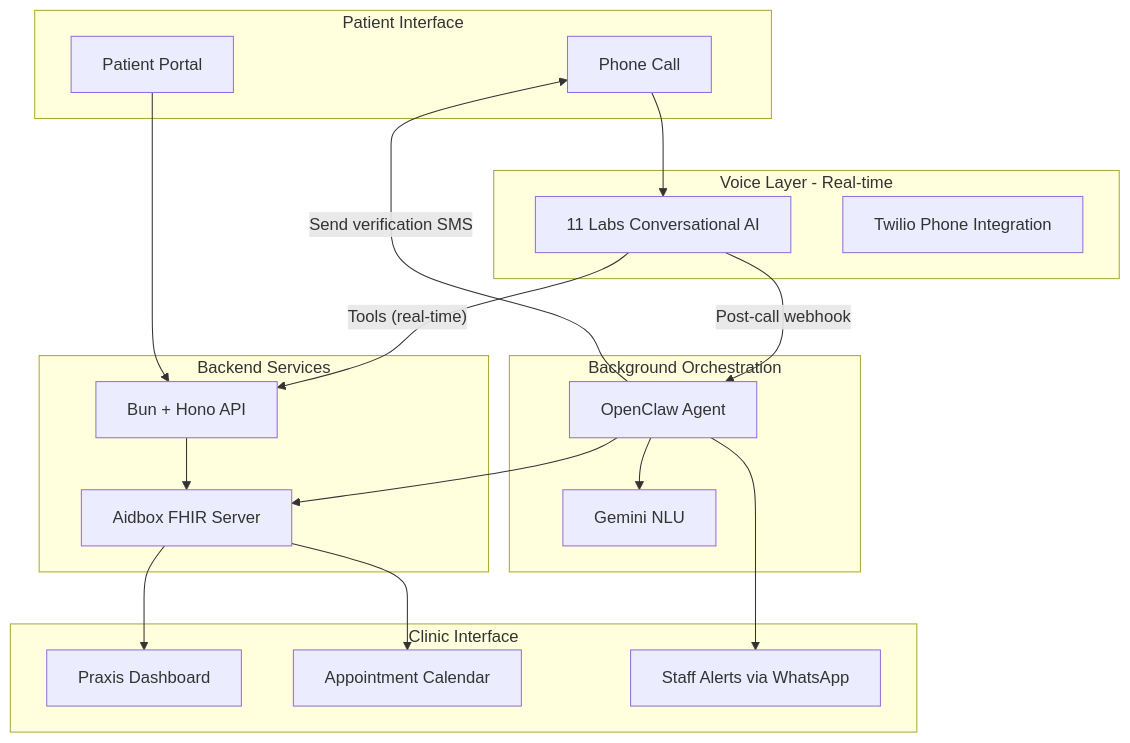
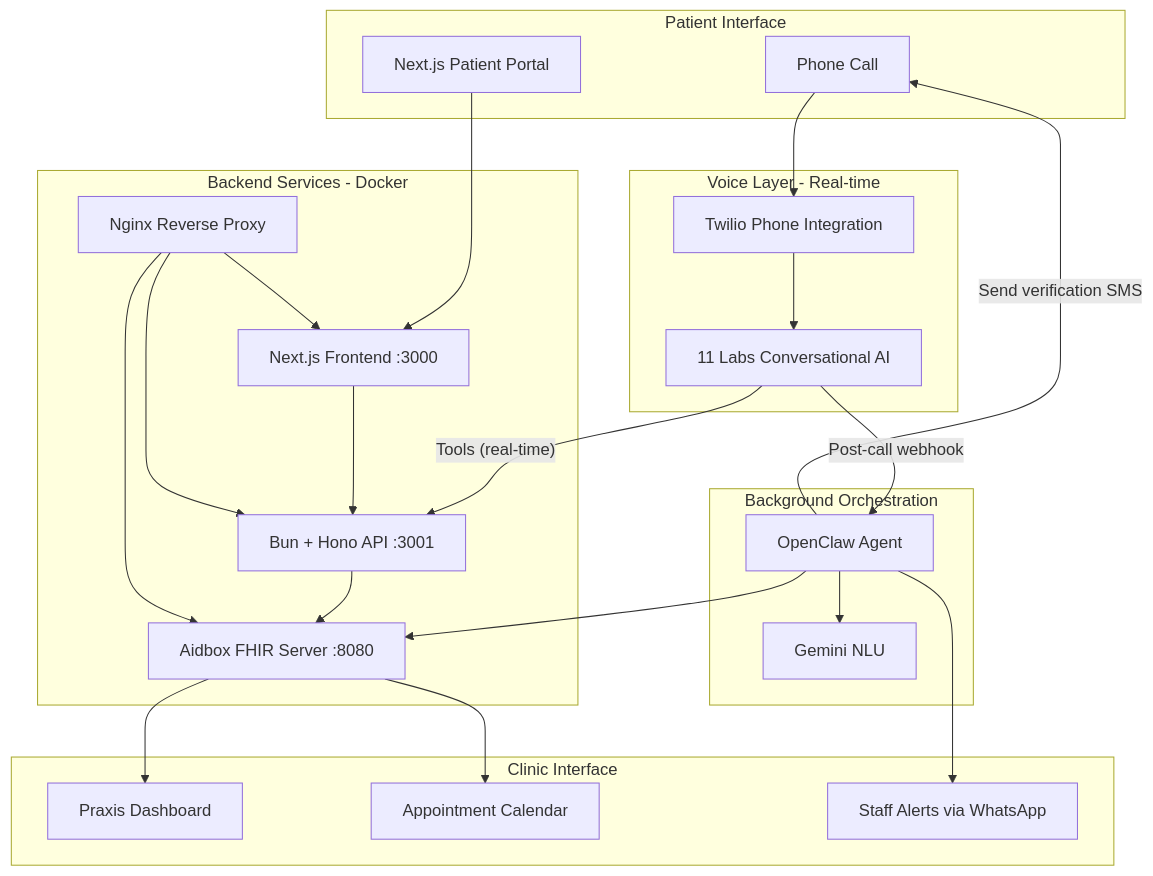
Before and after one commit to sussdorff/ignis: the diagram in README.md, drawn with Mermaid. The commit also changed other lines of this file and 4 other files, not shown here.

````diff
--- a/README.md
+++ b/README.md
@@ -41,40 +41,47 @@
 ```mermaid
 flowchart TB
     subgraph PatientInterface [Patient Interface]
         Phone[Phone Call]
-        WebPortal[Patient Portal]
+        WebPortal[Next.js Patient Portal]
     end
     
     subgraph VoiceLayer [Voice Layer - Real-time]
         ElevenLabs[11 Labs Conversational AI]
         Twilio[Twilio Phone Integration]
     end
     
-    subgraph Backend [Backend Services]
-        BunAPI[Bun + Hono API]
-        Aidbox[Aidbox FHIR Server]
+    subgraph Backend [Backend Services - Docker]
+        NextJS[Next.js Frontend :3000]
+        BunAPI[Bun + Hono API :3001]
+        Aidbox[Aidbox FHIR Server :8080]
+        Nginx[Nginx Reverse Proxy]
     end
     
     subgraph Background [Background Orchestration]
         OpenClaw[OpenClaw Agent]
         Gemini[Gemini NLU]
     end
     
     subgraph ClinicInterface [Clinic Interface]
         Dashboard[Praxis Dashboard]
         Calendar[Appointment Calendar]
         StaffAlerts[Staff Alerts via WhatsApp]
     end
     
-    Phone --> ElevenLabs
+    Phone --> Twilio
+    Twilio --> ElevenLabs
     ElevenLabs -->|"Tools (real-time)"| BunAPI
     ElevenLabs -->|"Post-call webhook"| OpenClaw
-    WebPortal --> BunAPI
+    WebPortal --> NextJS
+    NextJS --> BunAPI
     BunAPI --> Aidbox
     OpenClaw --> Gemini
     OpenClaw --> Aidbox
     OpenClaw -->|"Send verification SMS"| Phone
     OpenClaw --> StaffAlerts
     Aidbox --> Dashboard
     Aidbox --> Calendar
+    Nginx --> NextJS
+    Nginx --> BunAPI
+    Nginx --> Aidbox
 ```
````
